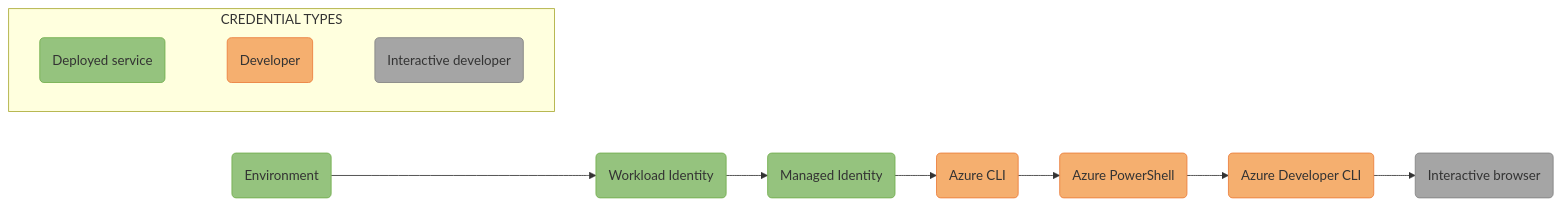
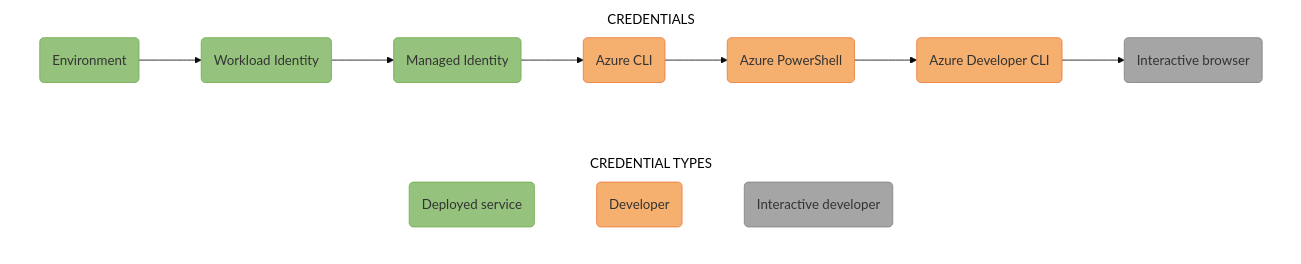
Before and after one commit to Azure/azure-sdk-for-python: the diagram in sdk/identity/azure-identity/images/mermaidjs/DefaultAzureCredentialAuthFlow.md, drawn with Mermaid. The commit also changed 1 other file, not shown here.

Commit message:
Reformat DefaultAzureCredential flow chart

````diff
--- a/sdk/identity/azure-identity/images/mermaidjs/DefaultAzureCredentialAuthFlow.md
+++ b/sdk/identity/azure-identity/images/mermaidjs/DefaultAzureCredentialAuthFlow.md
@@ -1,29 +1,42 @@
 ```mermaid
 %% STEPS TO GENERATE IMAGE
 %% =======================
-%% 1. Install mermaid CLI (see https://github.com/mermaid-js/mermaid-cli/blob/master/README.md)
-%%    v10.1.0 is known good for our process. npm install -g @mermaid-js/mermaid-cli@10.1.0
+%% 1. Install mermaid CLI (see https://github.com/mermaid-js/mermaid-cli/blob/master/README.md).
+%%    v10.9.1 is known good for our process. npm i -g @mermaid-js/mermaid-cli@10.9.1
 %% 2. Run command: mmdc -i DefaultAzureCredentialAuthFlow.md -o DefaultAzureCredentialAuthFlow.svg
 
+%%{
+  init: {
+    'theme': 'base',
+    'themeVariables': {
+      'tertiaryBorderColor': '#fff',
+      'tertiaryColor': '#fff'
+    }
+  }
+}%%
+
 flowchart LR;
-    A(Environment):::deployed --> B(Workload Identity):::deployed --> C(Managed Identity):::deployed --> D(Azure CLI):::developer --> E(Azure PowerShell):::developer --> F(Azure Developer CLI):::developer --> G(Interactive browser):::interactive;
-
     subgraph CREDENTIAL TYPES;
         direction LR;
         Deployed(Deployed service):::deployed ~~~ Developer(Developer):::developer ~~~ Interactive(Interactive developer):::interactive;
+    end;
+
+    subgraph CREDENTIALS;
+        direction LR;
+        A(Environment):::deployed --> B(Workload Identity):::deployed --> C(Managed Identity):::deployed --> D(Azure CLI):::developer --> E(Azure PowerShell):::developer --> F(Azure Developer CLI):::developer --> G(Interactive browser):::interactive;
     end;
 
     %% Define styles for credential type boxes
     classDef deployed fill:#95C37E, stroke:#71AD4C;
     classDef developer fill:#F5AF6F, stroke:#EB7C39;
     classDef interactive fill:#A5A5A5, stroke:#828282;
 
     %% Add API ref links to credential type boxes
     click A "https://aka.ms/azsdk/python/identity/environmentcredential" _blank;
     click B "https://aka.ms/azsdk/python/identity/workloadidentitycredential" _blank;
     click C "https://aka.ms/azsdk/python/identity/managedidentitycredential" _blank;
     click D "https://aka.ms/azsdk/python/identity/azclicredential" _blank;
     click E "https://aka.ms/azsdk/python/identity/powershellcredential" _blank;
     click F "https://aka.ms/azsdk/python/identity/azuredeveloperclicredential" _blank;
     click G "https://aka.ms/azsdk/python/identity/interactivebrowsercredential" _blank;
 ```
````
